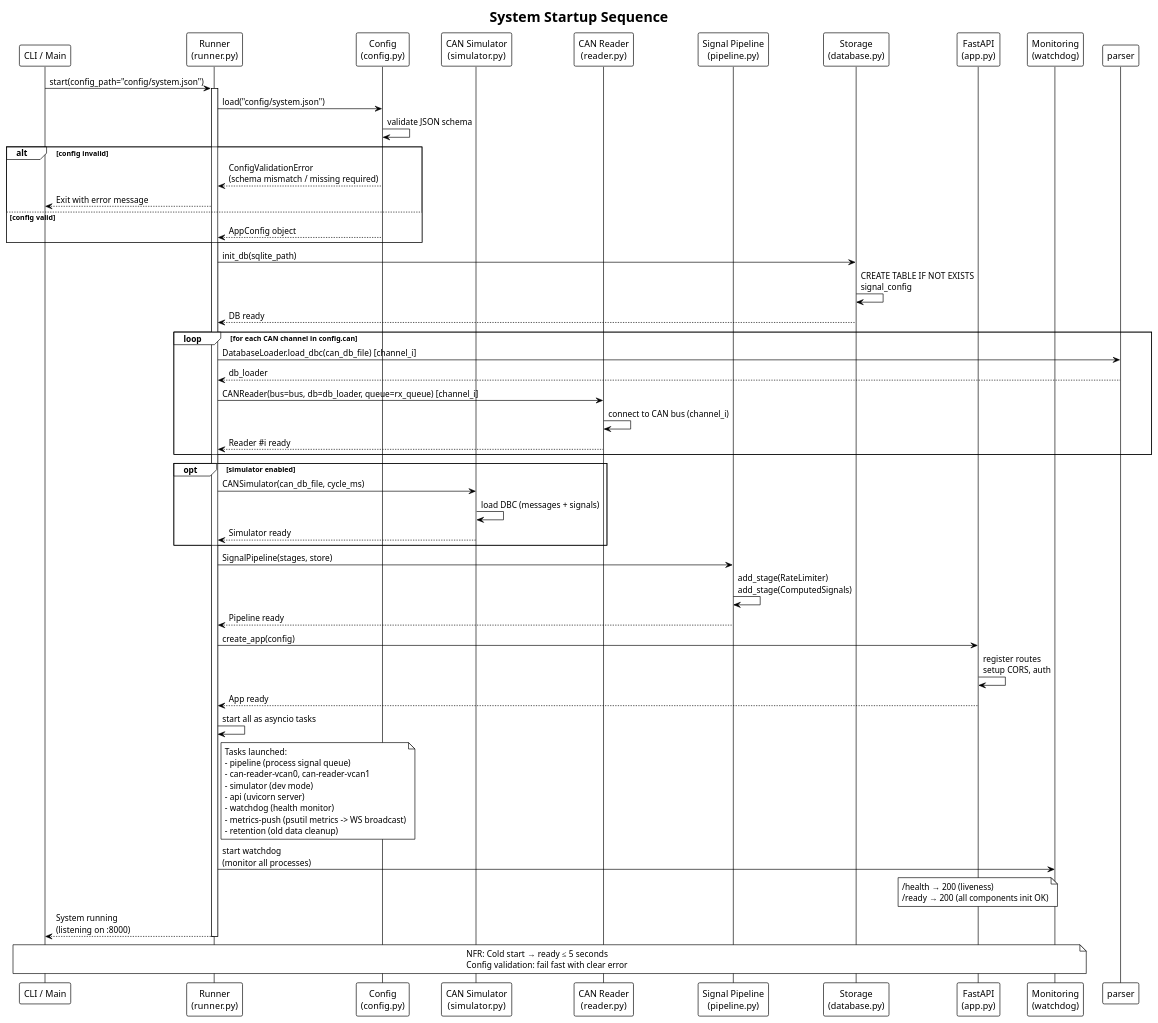
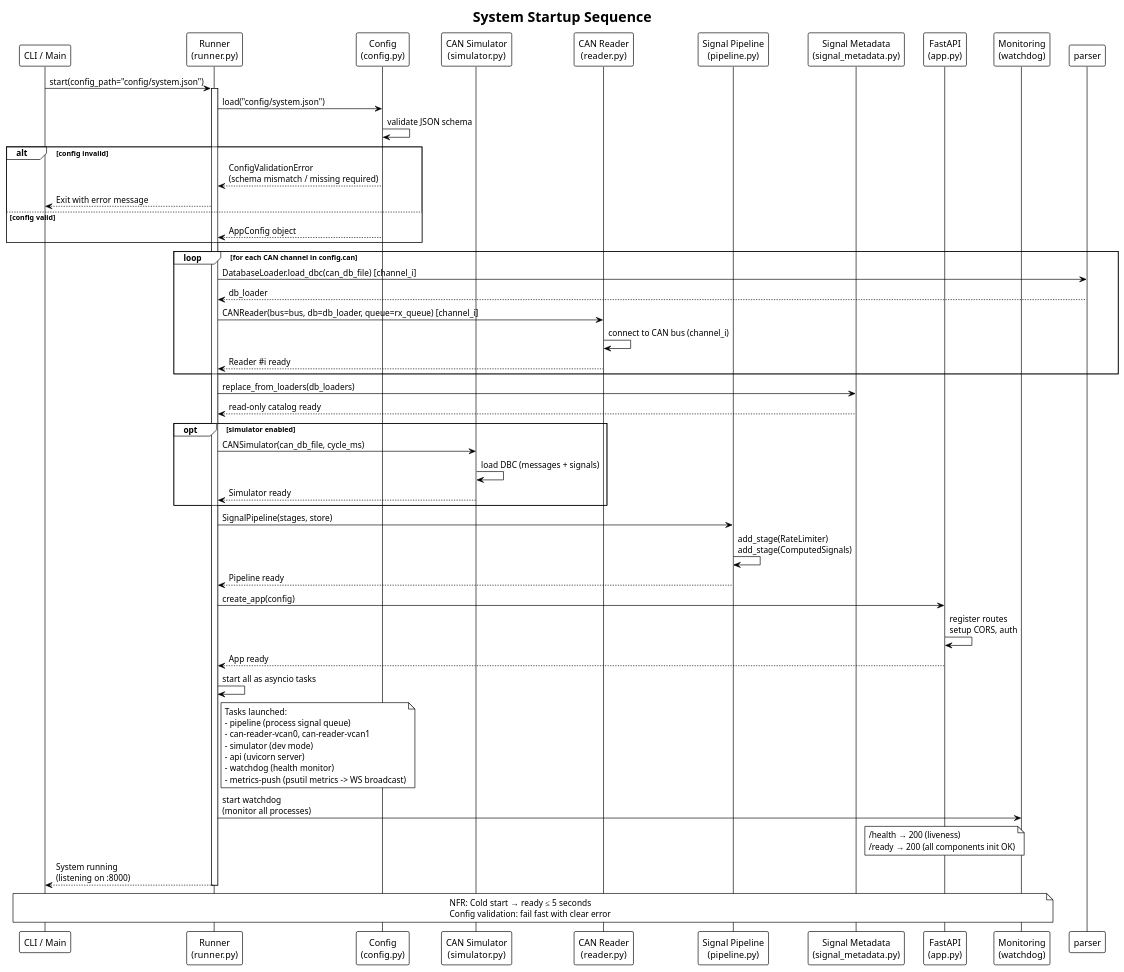
The diagram in diagram/13_2_sequence_startup.puml (3tdn/car-hmi), drawn with PlantUML before and after one commit. The commit also changed 75 other files, not shown here.

First line of the commit message:
Remove database persistence and migrate signal configuration entirely to DBC-backed metadata.

```diff
--- a/diagram/13_2_sequence_startup.puml
+++ b/diagram/13_2_sequence_startup.puml
@@ -1,76 +1,74 @@
 @startuml Sequence - System Startup
 !theme plain
 title System Startup Sequence
 
 participant "CLI / Main" as cli
 participant "Runner\n(runner.py)" as runner
 participant "Config\n(config.py)" as config
 participant "CAN Simulator\n(simulator.py)" as sim
 participant "CAN Reader\n(reader.py)" as reader
 participant "Signal Pipeline\n(pipeline.py)" as pipe
-participant "Storage\n(database.py)" as db
+participant "Signal Metadata\n(signal_metadata.py)" as metadata
 participant "FastAPI\n(app.py)" as api
 participant "Monitoring\n(watchdog)" as mon
 
 cli -> runner : start(config_path="config/system.json")
 activate runner
 
 runner -> config : load("config/system.json")
 config -> config : validate JSON schema
 alt config invalid
     config --> runner : ConfigValidationError\n(schema mismatch / missing required)
     runner --> cli : Exit with error message
 else config valid
     config --> runner : AppConfig object
 end
 
-runner -> db : init_db(sqlite_path)
-db -> db : CREATE TABLE IF NOT EXISTS\nsignal_config
-db --> runner : DB ready
-
 loop for each CAN channel in config.can
     runner -> parser : DatabaseLoader.load_dbc(can_db_file) [channel_i]
     parser --> runner : db_loader
     runner -> reader : CANReader(bus=bus, db=db_loader, queue=rx_queue) [channel_i]
     reader -> reader : connect to CAN bus (channel_i)
     reader --> runner : Reader #i ready
 end
+
+runner -> metadata : replace_from_loaders(db_loaders)
+metadata --> runner : read-only catalog ready
 
 opt simulator enabled
     runner -> sim : CANSimulator(can_db_file, cycle_ms)
     sim -> sim : load DBC (messages + signals)
     sim --> runner : Simulator ready
 end
 
 runner -> pipe : SignalPipeline(stages, store)
 pipe -> pipe : add_stage(RateLimiter)\nadd_stage(ComputedSignals)
 pipe --> runner : Pipeline ready
 
 runner -> api : create_app(config)
 api -> api : register routes\nsetup CORS, auth
 api --> runner : App ready
 
 runner -> runner : start all as asyncio tasks
 note right of runner
   Tasks launched:
   - pipeline (process signal queue)
   - can-reader-vcan0, can-reader-vcan1
   - simulator (dev mode)
   - api (uvicorn server)
   - watchdog (health monitor)
   - metrics-push (psutil metrics -> WS broadcast)
-  - retention (old data cleanup)
 end note
 runner -> mon : start watchdog\n(monitor all processes)
 
 note over api : /health → 200 (liveness)\n/ready → 200 (all components init OK)
 runner --> cli : System running\n(listening on :8000)
 
 note over cli, mon
   NFR: Cold start → ready ≤ 5 seconds
   Config validation: fail fast with clear error
 end note
 
 deactivate runner
 
 @enduml
```
